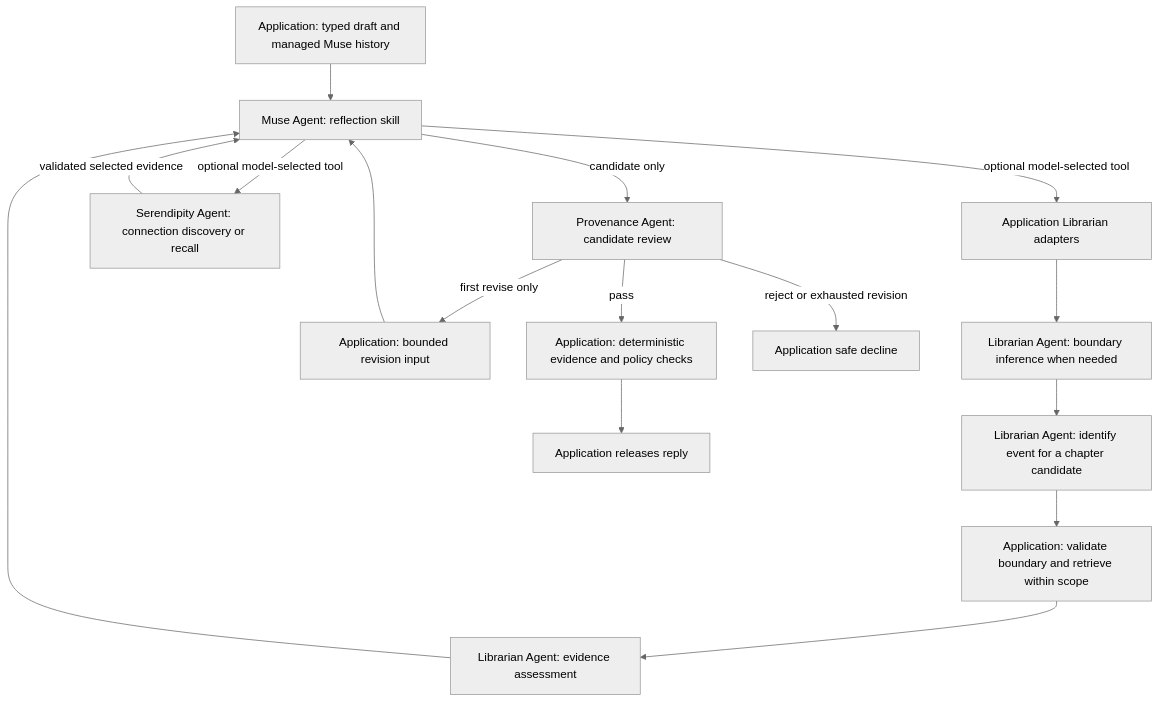
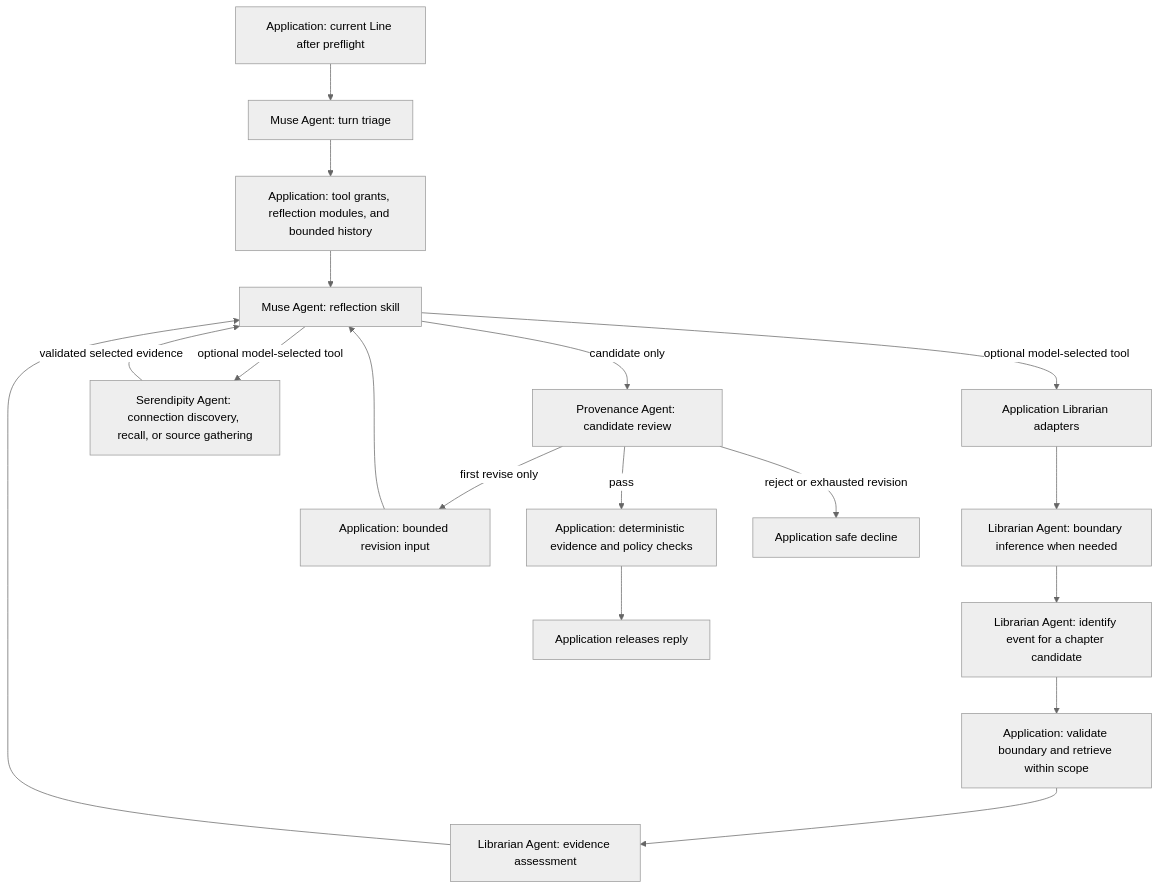
One commit to DesmondChoy/linger changed the first of 2 diagrams in docs/specification.md. Above: the diagram before and after it, drawn with Mermaid (neutral theme). The commit also changed other lines of this file and 24 other files, not shown here.

````diff
--- a/docs/specification.md
+++ b/docs/specification.md
@@ -298,18 +307,20 @@
 ```mermaid
 flowchart TD
-    A[Application: typed draft and managed Muse history] --> M[Muse Agent: reflection skill]
+    A[Application: current Line after preflight] --> T[Muse Agent: turn triage]
+    T --> G[Application: tool grants, reflection modules, and bounded history]
+    G --> M[Muse Agent: reflection skill]
     M -->|optional model-selected tool| L[Application Librarian adapters]
     L --> B[Librarian Agent: boundary inference when needed]
     B --> I[Librarian Agent: identify event for a chapter candidate]
     I --> R[Application: validate boundary and retrieve within scope]
     R --> E[Librarian Agent: evidence assessment]
     E --> M
-    M -->|optional model-selected tool| S[Serendipity Agent: connection discovery or recall]
+    M -->|optional model-selected tool| S[Serendipity Agent: connection discovery, recall, or source gathering]
     S -->|validated selected evidence| M
     M -->|candidate only| P[Provenance Agent: candidate review]
     P -->|first revise only| V[Application: bounded revision input]
     V --> M
     P -->|pass| D[Application: deterministic evidence and policy checks]
     D --> U[Application releases reply]
     P -->|reject or exhausted revision| F[Application safe decline]
 ```
````
